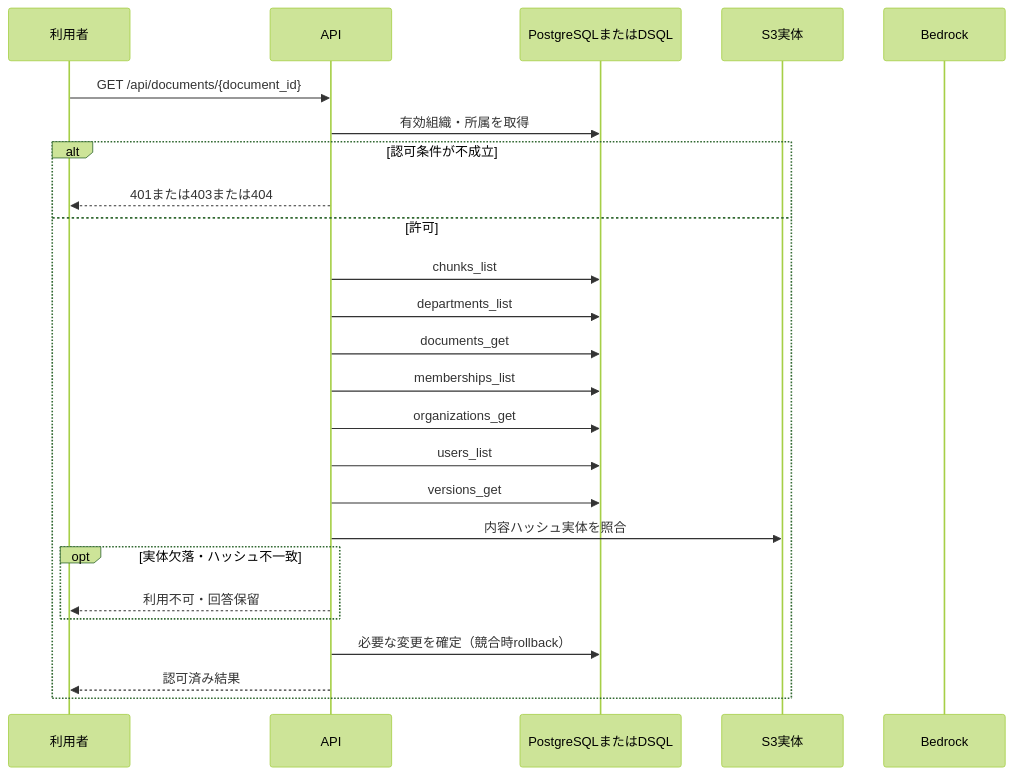
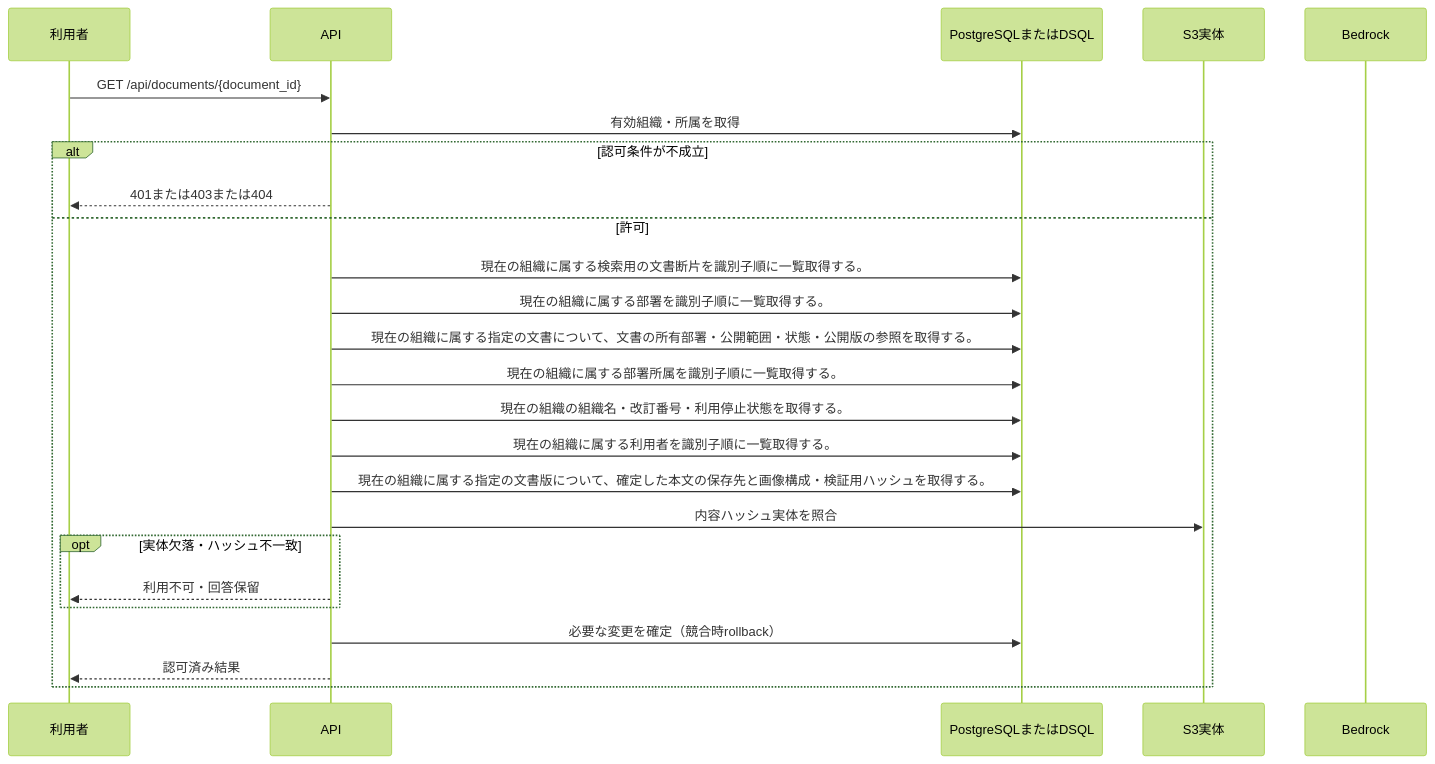
The diagram in docs/design/generated/api/documents/read_document/sequence.md (tsuji-tomonori/KotoRelay), drawn with Mermaid (forest theme) before and after one commit. The commit also changed other lines of this file and 286 other files, not shown here.

````diff
--- a/docs/design/generated/api/documents/read_document/sequence.md
+++ b/docs/design/generated/api/documents/read_document/sequence.md
@@ -7,27 +7,27 @@
 ```mermaid
 sequenceDiagram
     participant U as 利用者
     participant A as API
     participant D as PostgreSQLまたはDSQL
     participant S as S3実体
     participant M as Bedrock
     U->>A: GET /api/documents/{document_id}
     A->>D: 有効組織・所属を取得
     alt 認可条件が不成立
         A-->>U: 401または403または404
     else 許可
-        A->>D: chunks_list
-        A->>D: departments_list
-        A->>D: documents_get
-        A->>D: memberships_list
-        A->>D: organizations_get
-        A->>D: users_list
-        A->>D: versions_get
+        A->>D: 現在の組織に属する検索用の文書断片を識別子順に一覧取得する。
+        A->>D: 現在の組織に属する部署を識別子順に一覧取得する。
+        A->>D: 現在の組織に属する指定の文書について、文書の所有部署・公開範囲・状態・公開版の参照を取得する。
+        A->>D: 現在の組織に属する部署所属を識別子順に一覧取得する。
+        A->>D: 現在の組織の組織名・改訂番号・利用停止状態を取得する。
+        A->>D: 現在の組織に属する利用者を識別子順に一覧取得する。
+        A->>D: 現在の組織に属する指定の文書版について、確定した本文の保存先と画像構成・検証用ハッシュを取得する。
         A->>S: 内容ハッシュ実体を照合
         opt 実体欠落・ハッシュ不一致
             A-->>U: 利用不可・回答保留
         end
         A->>D: 必要な変更を確定（競合時rollback）
         A-->>U: 認可済み結果
     end
 ```
````
